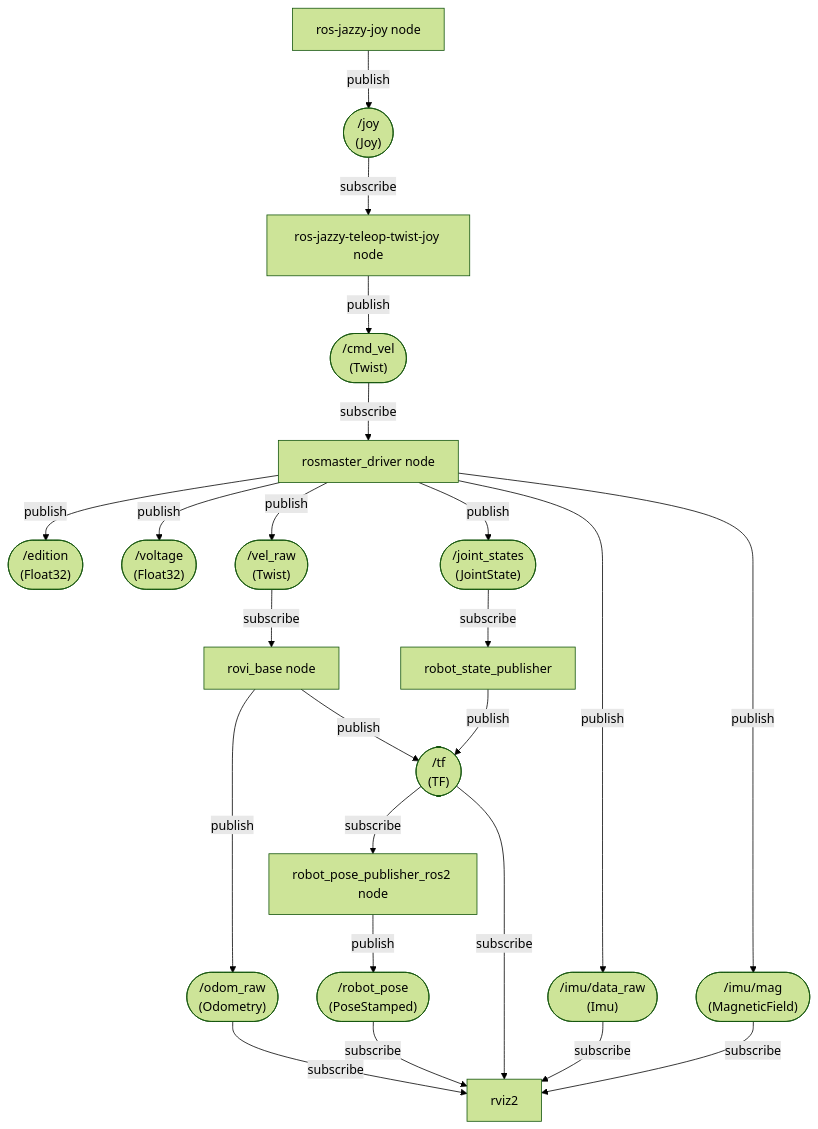
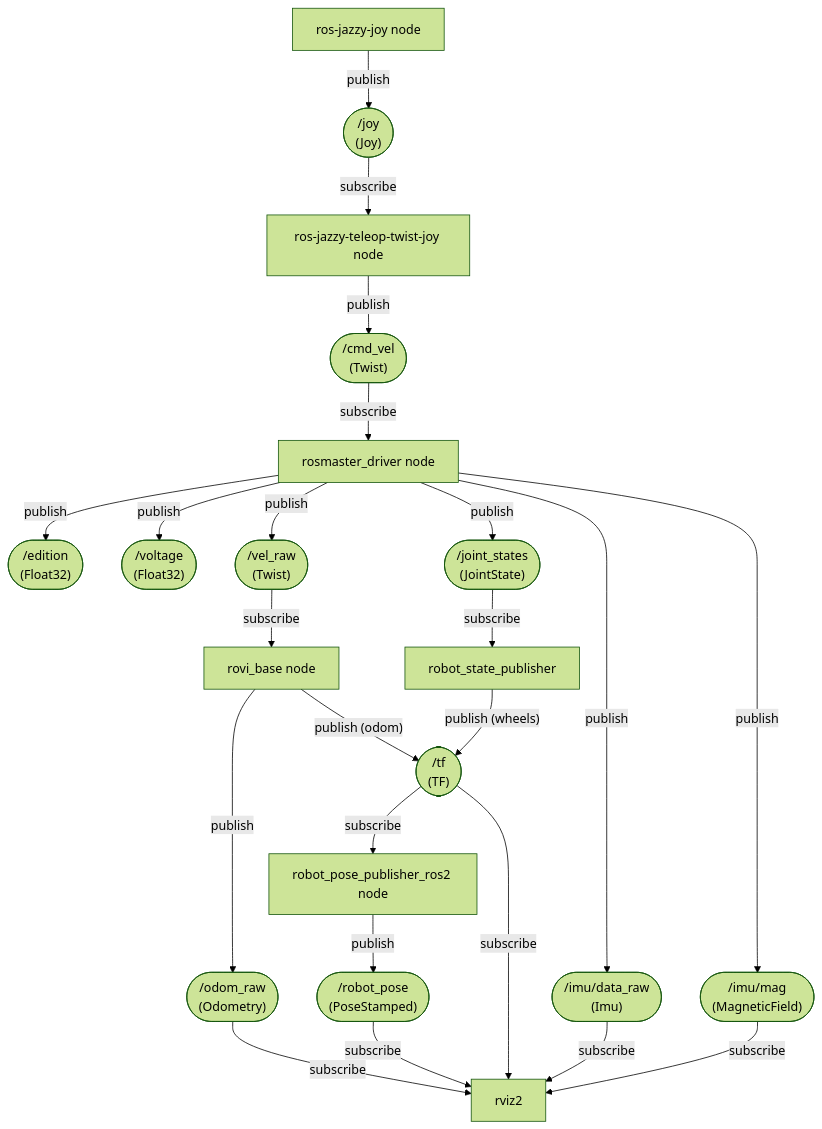
One commit to Roblibs/rovi_ros_ws changed the diagram in README.md. Above: the diagram before and after it, drawn with Mermaid (forest theme). The commit also changed other lines of this file, not shown here.

Commit message:
add wheels info

````diff
--- a/README.md
+++ b/README.md
@@ -44,51 +42,51 @@
 ```mermaid
 flowchart TD
   Rosmaster[rosmaster_driver node]
 
   Joystick["ros-jazzy-joy node"]
   JOY(["/joy<br/>(Joy)"])
   Joystick -->|publish| JOY
 
   RoviJoy["ros-jazzy-teleop-twist-joy node"]
   JOY -->|subscribe| RoviJoy
   CMD(["/cmd_vel<br/>(Twist)"])
   RoviJoy -->|publish| CMD
 
   CMD -->|subscribe| Rosmaster
   EDT(["/edition<br/>(Float32)"])
   VOL(["/voltage<br/>(Float32)"])
   VRAW(["/vel_raw<br/>(Twist)"])
   JSTATE(["/joint_states<br/>(JointState)"])
   IMU(["/imu/data_raw<br/>(Imu)"])
   MAG(["/imu/mag<br/>(MagneticField)"])
   Rosmaster -->|publish| EDT
   Rosmaster -->|publish| VOL
   Rosmaster -->|publish| VRAW
   Rosmaster -->|publish| JSTATE
   Rosmaster -->|publish| IMU
   Rosmaster -->|publish| MAG
 
   RoviBase["rovi_base node"]
   VRAW -->|subscribe| RoviBase
   ODRAW(["/odom_raw<br/>(Odometry)"])
   TF(["/tf<br/>(TF)"])
   RoviBase -->|publish| ODRAW
-  RoviBase -->|publish| TF
+  RoviBase -->|"publish (odom)"| TF
 
   RSP["robot_state_publisher"]
   JSTATE -->|subscribe| RSP
-  RSP -->|publish| TF
+  RSP -->|"publish (wheels)"| TF
 
   RPP["robot_pose_publisher_ros2 node"]
   TF -->|subscribe| RPP
   ROBPOSE(["/robot_pose<br/>(PoseStamped)"])
   RPP -->|publish| ROBPOSE
 
   RVIZ["rviz2"]
   TF -->|subscribe| RVIZ
   ROBPOSE -->|subscribe| RVIZ
   ODRAW -->|subscribe| RVIZ
   IMU -->|subscribe| RVIZ
   MAG -->|subscribe| RVIZ
 
 ```
````
